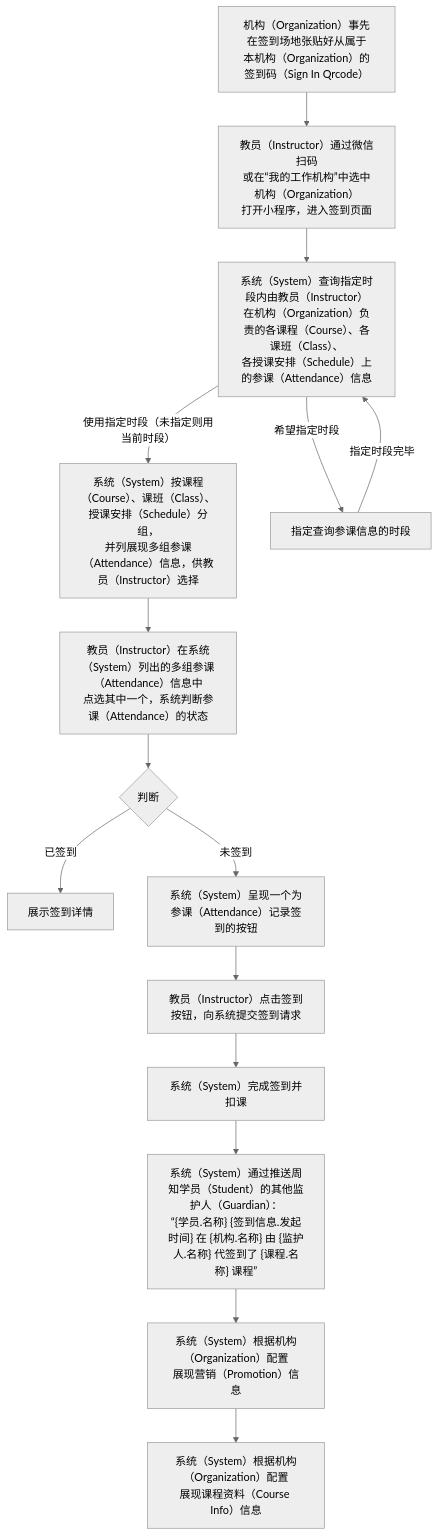
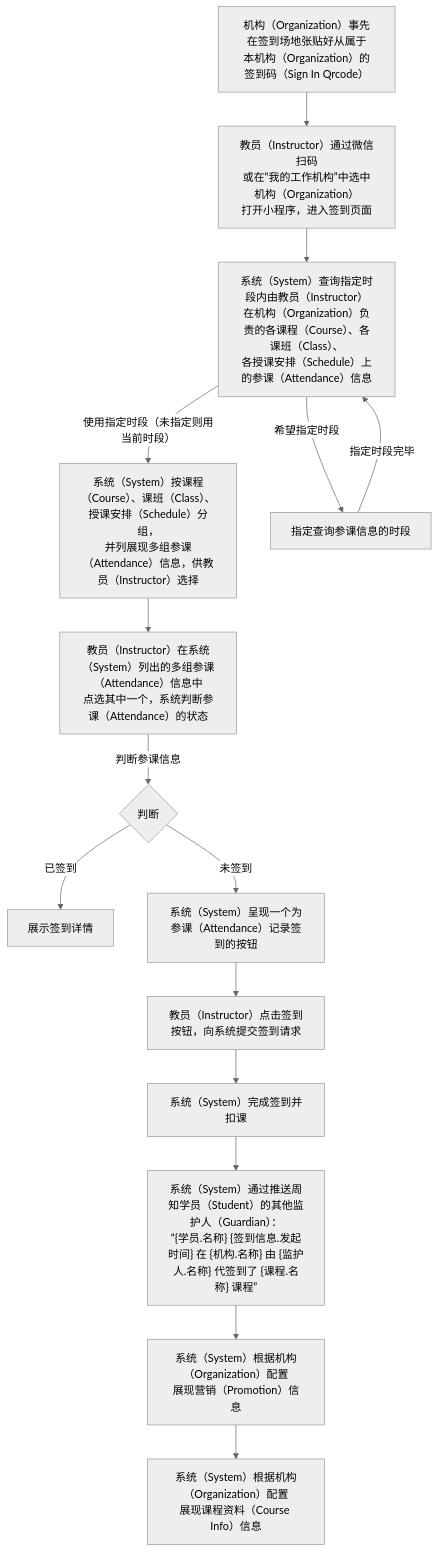
Before and after one commit to world-wide-web/sign: the third of 3 diagrams in 用例/签到.md, drawn with Mermaid (neutral theme). The commit also changed other lines of this file, not shown here.

````diff
--- a/用例/签到.md
+++ b/用例/签到.md
@@ -82,44 +82,44 @@
 ```mermaid
 graph TD
 
 准备签到码-->扫描签到码
 扫描签到码-->列出负责的授课单元
 列出负责的授课单元--"使用指定时段（未指定则用当前时段）"-->展现授课单元下的参课信息
 列出负责的授课单元--希望指定时段-->指定查询参课信息的时段
 指定查询参课信息的时段--指定时段完毕-->列出负责的授课单元
 展现授课单元下的参课信息-->选择参课信息
-选择参课信息-->判断参课信息
+选择参课信息--判断参课信息-->判断参课信息
 判断参课信息--已签到-->展示签到详情
 判断参课信息--未签到-->呈现签到按钮
 呈现签到按钮-->提交签到请求
 提交签到请求-->签到扣课
 签到扣课-->周知签到情况
 周知签到情况-->展示营销信息
 展示营销信息-->展示课程资料
 
 准备签到码["<center>机构（Organization）事先在签到场地张贴好从属于<br>本机构（Organization）的签到码（Sign In Qrcode）</center>"]
 
 扫描签到码["<center>教员（Instructor）通过微信扫码<br>或在“我的工作机构”中选中机构（Organization）<br>打开小程序，进入签到页面</center>"]
 
 列出负责的授课单元["<center>系统（System）查询指定时段内由教员（Instructor）<br>在机构（Organization）负责的各课程（Course）、各课班（Class）、<br>各授课安排（Schedule）上的参课（Attendance）信息"]
 
 指定查询参课信息的时段
 
 展现授课单元下的参课信息["<center>系统（System）按课程（Course）、课班（Class）、授课安排（Schedule）分组，<br>并列展现多组参课（Attendance）信息，供教员（Instructor）选择</center>"]
 
 选择参课信息["<center>教员（Instructor）在系统（System）列出的多组参课（Attendance）信息中<br>点选其中一个，系统判断参课（Attendance）的状态</center>"]
 
 判断参课信息{"<center>判断</center>"}
 
 呈现签到按钮["<center>系统（System）呈现一个为参课（Attendance）记录签到的按钮</center>"]
 
 提交签到请求["<center>教员（Instructor）点击签到按钮，向系统提交签到请求</center>"]
 
 签到扣课["<center>系统（System）完成签到并扣课</center>"]
 
 周知签到情况["<center>系统（System）通过推送周知学员（Student）的其他监护人（Guardian）：<br>“{学员.名称} {签到信息.发起时间} 在 {机构.名称} 由 {监护人.名称} 代签到了 {课程.名称} 课程”</center>"]
 
 展示营销信息["<center>系统（System）根据机构（Organization）配置<br>展现营销（Promotion）信息</center>"]
 
 展示课程资料["<center>系统（System）根据机构（Organization）配置<br>展现课程资料（Course Info）信息</center>"]
 ```
````
